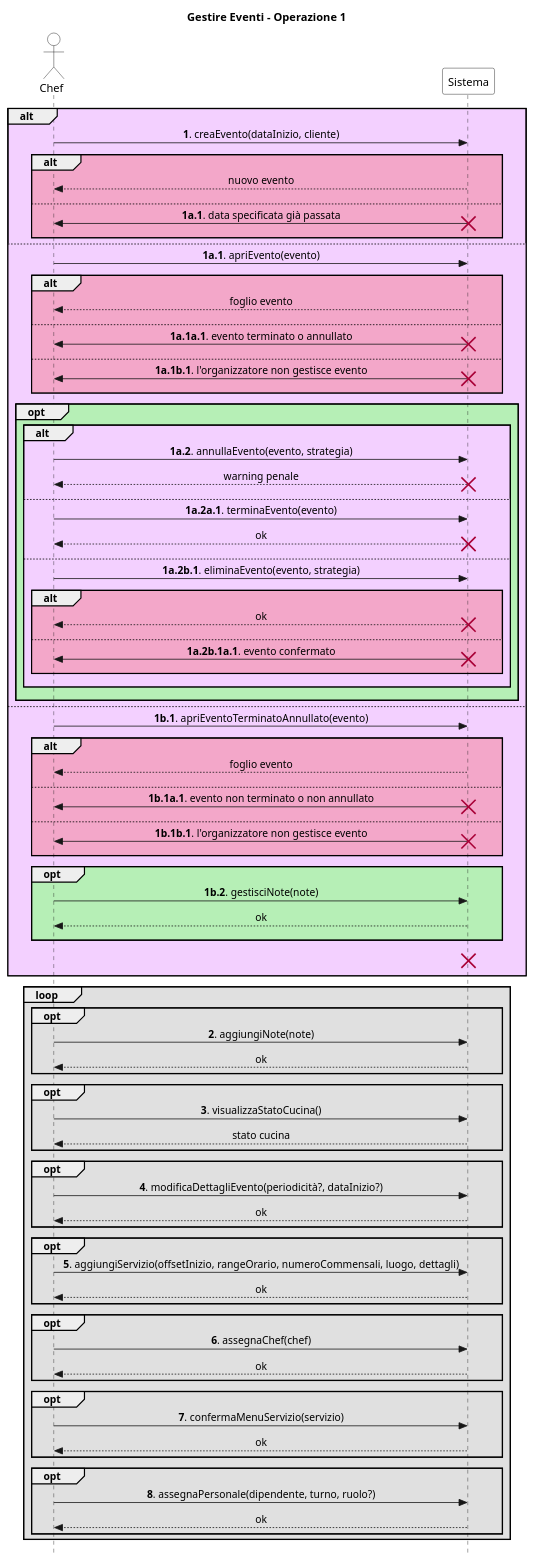
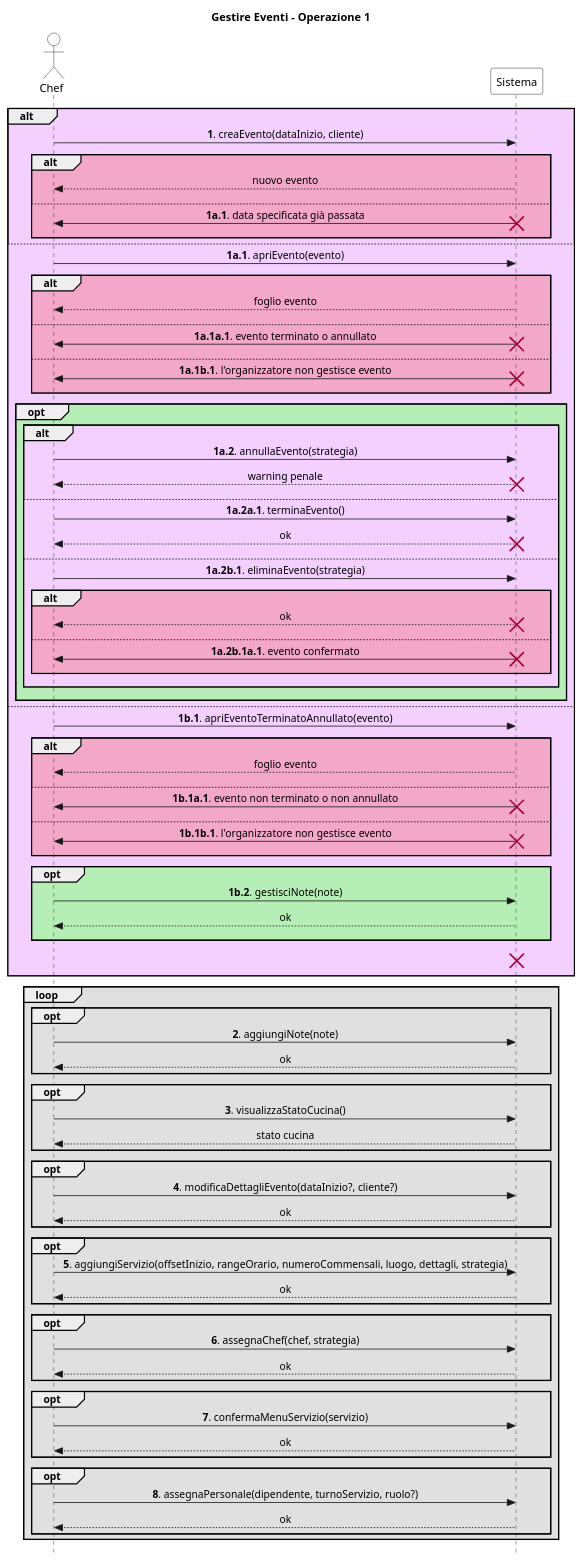
One commit to stefa168/sas-project changed the diagram in UP/Requisiti/UC Gestire Eventi/SSD/Estensioni-Eccezioni Op1.puml. Above: the diagram before and after it, drawn with PlantUML. The commit also changed 5 other files, not shown here.

```diff
--- a/UP/Requisiti/UC Gestire Eventi/SSD/Estensioni-Eccezioni Op1.puml
+++ b/UP/Requisiti/UC Gestire Eventi/SSD/Estensioni-Eccezioni Op1.puml
@@ -1,132 +1,132 @@
 @startuml
 skinparam Style strictuml
 skinparam SequenceMessageAlign center
 
 skinparam sequence {
     ActorBorderColor Black
     ActorBackgroundColor White
     ParticipantBorderColor Black
     ParticipantBackgroundColor White
 }
 
 actor Chef
 participant Sistema
 
 title Gestire Eventi - Operazione 1
 
 alt #f3d0ff
     Chef -> Sistema: **1**. creaEvento(dataInizio, cliente)
     alt #f3a7c9
         return nuovo evento
         ||10||
     else
         Chef <- Sistema: **1a.1**. data specificata già passata
         destroy Sistema
         ||10||
     end
 else
     Chef -> Sistema: **1a.1**. apriEvento(evento)
     alt #f3a7c9
         return foglio evento
         ||10||
     else
         Chef <- Sistema: **1a.1a.1**. evento terminato o annullato
         destroy Sistema
         ||10||
     else
         Chef <- Sistema: **1a.1b.1**. l'organizzatore non gestisce evento
         destroy Sistema
         ||10||
     end
 
     opt #b6efb6
         alt #f3d0ff
-            Chef -> Sistema: **1a.2**. annullaEvento(evento, strategia)
+            Chef -> Sistema: **1a.2**. annullaEvento(strategia)
             return warning penale
             destroy Sistema
             ||10||
         else
-            Chef -> Sistema: **1a.2a.1**. terminaEvento(evento)
+            Chef -> Sistema: **1a.2a.1**. terminaEvento()
             return ok
             destroy Sistema
             ||10||
         else
-            Chef -> Sistema: **1a.2b.1**. eliminaEvento(evento, strategia)
+            Chef -> Sistema: **1a.2b.1**. eliminaEvento(strategia)
             alt #f3a7c9
                 return ok
                 destroy Sistema
                 ||10||
             else
                Chef <- Sistema: **1a.2b.1a.1**. evento confermato
                destroy Sistema
                ||10||
             end
             ||10||
         end
         ' non abbiamo modo di modificare il colore della X
         ||10||
     end
 else
     Chef -> Sistema: **1b.1**. apriEventoTerminatoAnnullato(evento)
     alt #f3a7c9
         return foglio evento
         ||10||
     else
         Chef <- Sistema: **1b.1a.1**. evento non terminato o non annullato
         destroy Sistema
         ||10||
     else
         Chef <- Sistema: **1b.1b.1**. l'organizzatore non gestisce evento
         destroy Sistema
         ||10||
     end
 
     opt #b6efb6
         Chef -> Sistema: **1b.2**. gestisciNote(note)
         return ok
         ||10||
     end
 
     ||10||
     destroy Sistema
 '    note over Chef, Sistema #fff: Il caso d'uso termina.
     ||10||
 end
 
 loop #e0e0e0
     opt #e0e0e0
         Chef -> Sistema: **2**. aggiungiNote(note)
         return ok
     end
 
     opt #e0e0e0
         Chef -> Sistema: **3**. visualizzaStatoCucina()
         return stato cucina
     end
 
     opt #e0e0e0
-        Chef -> Sistema: **4**. modificaDettagliEvento(periodicità?, dataInizio?)
+        Chef -> Sistema: **4**. modificaDettagliEvento(dataInizio?, cliente?)
         return ok
     end
 
     opt #e0e0e0
-        Chef -> Sistema: **5**. aggiungiServizio(offsetInizio, rangeOrario, numeroCommensali, luogo, dettagli)
+        Chef -> Sistema: **5**. aggiungiServizio(offsetInizio, rangeOrario, numeroCommensali, luogo, dettagli, strategia)
         return ok
     end
 
     opt #e0e0e0
-        Chef -> Sistema: **6**. assegnaChef(chef)
+        Chef -> Sistema: **6**. assegnaChef(chef, strategia)
         return ok
     end
 
     opt #e0e0e0
         Chef -> Sistema: **7**. confermaMenuServizio(servizio)
         return ok
     end
 
     opt #e0e0e0
-        Chef -> Sistema: **8**. assegnaPersonale(dipendente, turno, ruolo?)
+        Chef -> Sistema: **8**. assegnaPersonale(dipendente, turnoServizio, ruolo?)
         return ok
     end
 end
 @enduml
```
